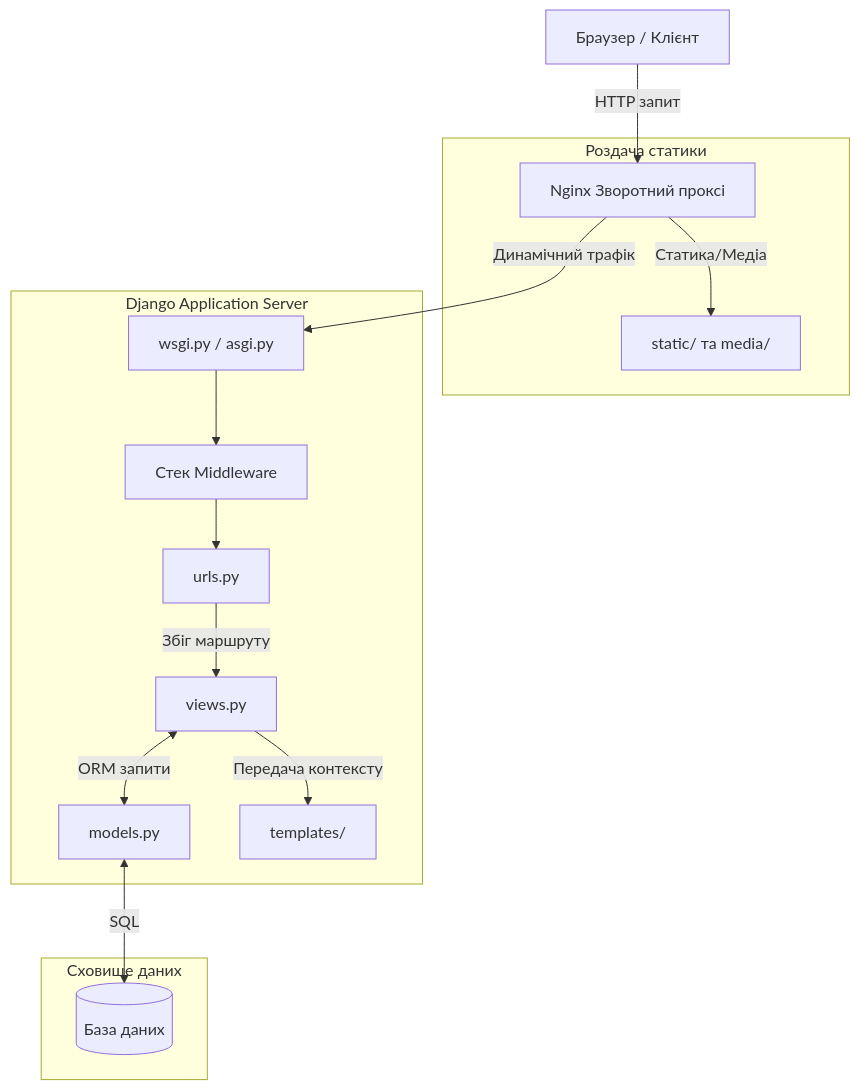
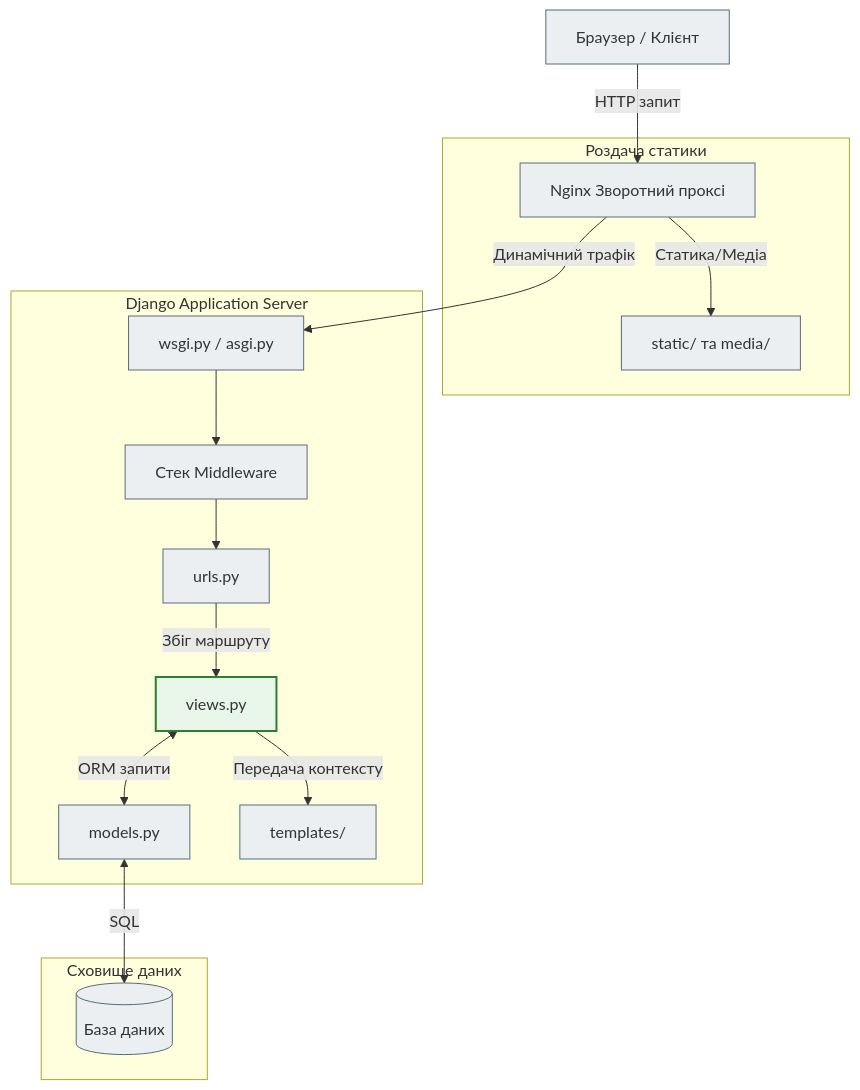
Before and after one commit to NikoriakViktot/notes_chat_app: the first of 3 diagrams in docs/02_django_core/project_structure_full.md, drawn with Mermaid. The commit also changed 441 other files, not shown here.

First line of the commit message:
Add English version of the book, Mermaid standard, docs fixes

````diff
--- a/docs/02_django_core/project_structure_full.md
+++ b/docs/02_django_core/project_structure_full.md
@@ -40,21 +40,26 @@
 ```mermaid
 graph TD
     Client[Браузер / Клієнт] -->|HTTP запит| Nginx[Nginx Зворотний проксі]
     
     subgraph Роздача статики
         Nginx -->|Статика/Медіа| Static[static/ та media/]
     end
     
     subgraph Django Application Server
         Nginx -->|Динамічний трафік| Gateway[wsgi.py / asgi.py]
         Gateway --> Middleware[Стек Middleware]
         Middleware --> Router[urls.py]
         Router -->|Збіг маршруту| View[views.py]
         View <-->|ORM запити| Model[models.py]
         View -->|Передача контексту| Template[templates/]
     end
     
     subgraph Сховище даних
         Model <-->|SQL| DB[(База даних)]
     end
+
+    classDef step     fill:#eceff1,stroke:#546e7a,stroke-width:1px;
+    classDef success  fill:#e8f5e9,stroke:#2e7d32,stroke-width:2px;
+    class Client,Nginx,Static,Gateway,Middleware,Router,Model,Template,DB step;
+    class View success;
 ```
````
